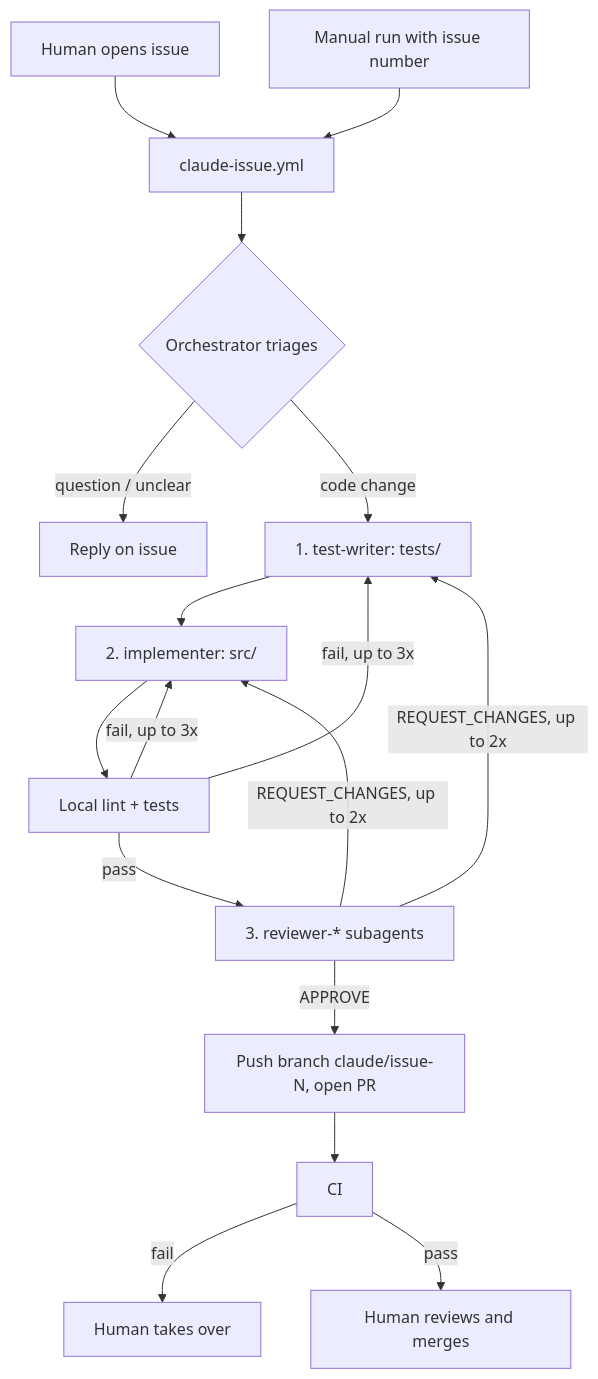
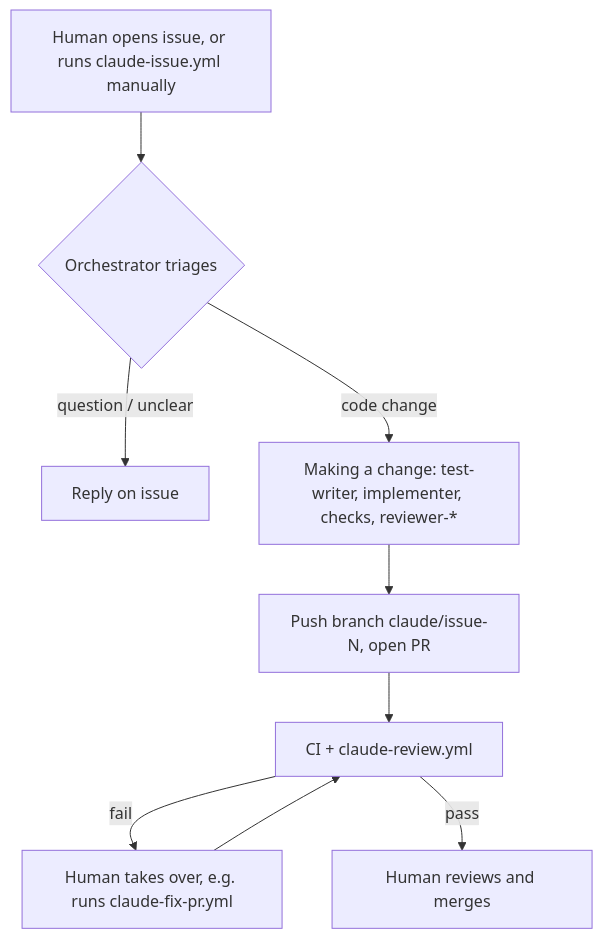
Before and after one commit to kmura2026/cellular-automata-lab: the diagram in docs/ai-workflow.md, drawn with Mermaid. The commit also changed other lines of this file and 1 other file, not shown here.

First line of the commit message:
Deduplicate docs/ai-workflow.md against CLAUDE.md

````diff
--- a/docs/ai-workflow.md
+++ b/docs/ai-workflow.md
@@ -3,17 +7,11 @@
 ```mermaid
 flowchart TD
-    A[Human opens issue] --> B[claude-issue.yml]
-    M[Manual run with issue number] --> B
-    B --> C{Orchestrator triages}
-    C -- question / unclear --> R[Reply on issue]
-    C -- code change --> E[1. test-writer: tests/]
-    E --> D[2. implementer: src/]
-    D --> F[Local lint + tests]
-    F -- fail, up to 3x --> E & D
-    F -- pass --> G[3. reviewer-* subagents]
-    G -- REQUEST_CHANGES, up to 2x --> E & D
-    G -- APPROVE --> H[Push branch claude/issue-N, open PR]
-    H --> I[CI]
-    I -- fail --> L[Human takes over]
+    A[Human opens issue, or runs claude-issue.yml manually] --> B{Orchestrator triages}
+    B -- question / unclear --> R[Reply on issue]
+    B -- code change --> C[Making a change: test-writer, implementer, checks, reviewer-*]
+    C --> H[Push branch claude/issue-N, open PR]
+    H --> I[CI + claude-review.yml]
+    I -- fail --> L[Human takes over, e.g. runs claude-fix-pr.yml]
+    L --> I
     I -- pass --> N[Human reviews and merges]
 ```
````
